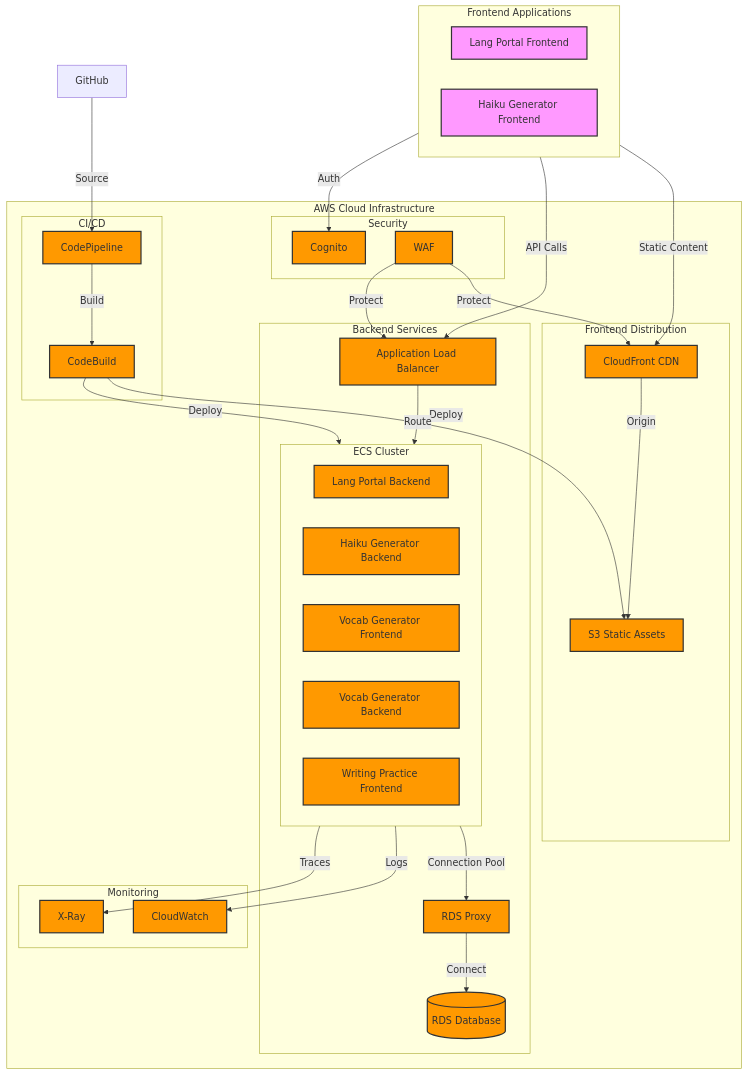
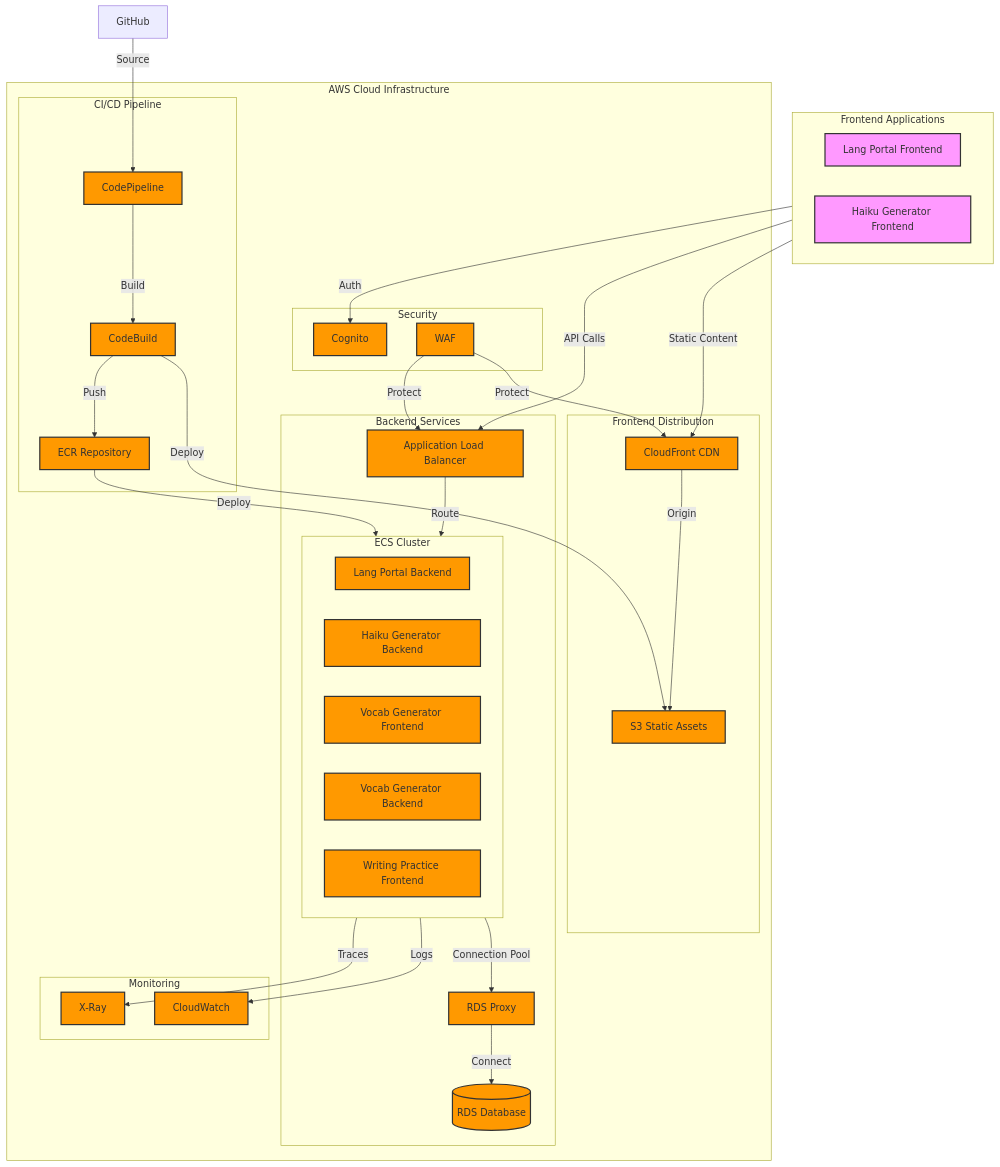
One commit to danielwohlgemuth/free-genai-bootcamp-2025 changed the first of 11 diagrams in aws/AWS-Tech-Specs-v3.md. Above: the diagram before and after it, drawn with Mermaid.

Commit message:
Improve main diagram for tech spec v3

````diff
--- a/aws/AWS-Tech-Specs-v3.md
+++ b/aws/AWS-Tech-Specs-v3.md
@@ -4,78 +4,81 @@
 ```mermaid
 graph TB
     subgraph FrontendApplications[Frontend Applications]
         LP[Lang Portal Frontend]
         HG[Haiku Generator Frontend]
         style LP fill:#f9f,stroke:#333,stroke-width:2px,color:#333
         style HG fill:#f9f,stroke:#333,stroke-width:2px,color:#333
     end
     
     subgraph AWSCloudInfrastructure[AWS Cloud Infrastructure]
         subgraph FrontendDistribution[Frontend Distribution]
             CF[CloudFront CDN]
             S3[S3 Static Assets]
             style CF fill:#FF9900,stroke:#333,stroke-width:2px,color:#333
             style S3 fill:#FF9900,stroke:#333,stroke-width:2px,color:#333
         end
 
         subgraph ECS[ECS Cluster]
             LPB[Lang Portal Backend]
             HGB[Haiku Generator Backend]
             VG[Vocab Generator Frontend]
             VGB[Vocab Generator Backend]
             WP[Writing Practice Frontend]
             style LPB fill:#FF9900,stroke:#333,stroke-width:2px,color:#333
             style HGB fill:#FF9900,stroke:#333,stroke-width:2px,color:#333
             style VG fill:#FF9900,stroke:#333,stroke-width:2px,color:#333
             style VGB fill:#FF9900,stroke:#333,stroke-width:2px,color:#333
             style WP fill:#FF9900,stroke:#333,stroke-width:2px,color:#333
         end
 
         subgraph BackendServices[Backend Services]
             ALB[Application Load Balancer]
             ECS
             RDS[(RDS Database)]
             PROXY[RDS Proxy]
             style ALB fill:#FF9900,stroke:#333,stroke-width:2px,color:#333
             style RDS fill:#FF9900,stroke:#333,stroke-width:2px,color:#333
             style PROXY fill:#FF9900,stroke:#333,stroke-width:2px,color:#333
         end
         
         subgraph Security
             COG[Cognito]
             WAF[WAF]
             style COG fill:#FF9900,stroke:#333,stroke-width:2px,color:#333
             style WAF fill:#FF9900,stroke:#333,stroke-width:2px,color:#333
         end
         
         subgraph Monitoring
             CW[CloudWatch]
             XR[X-Ray]
             style CW fill:#FF9900,stroke:#333,stroke-width:2px,color:#333
             style XR fill:#FF9900,stroke:#333,stroke-width:2px,color:#333
         end
         
-        subgraph CICD[CI/CD]
+        subgraph CICD[CI/CD Pipeline]
             CP[CodePipeline]
             CB[CodeBuild]
+            ECR[ECR Repository]
             style CP fill:#FF9900,stroke:#333,stroke-width:2px,color:#333
             style CB fill:#FF9900,stroke:#333,stroke-width:2px,color:#333
+            style ECR fill:#FF9900,stroke:#333,stroke-width:2px,color:#333
         end
     end
     
     GitHub -->|Source| CP
     FrontendApplications -->|Static Content| CF
     CF -->|Origin| S3
     FrontendApplications -->|API Calls| ALB
     ALB -->|Route| ECS
     ECS -->|Connection Pool| PROXY
     PROXY -->|Connect| RDS
     FrontendApplications -->|Auth| COG
     WAF -->|Protect| CF
     WAF -->|Protect| ALB
     ECS -->|Logs| CW
     ECS -->|Traces| XR
     CP -->|Build| CB
-    CB -->|Deploy| ECS
     CB -->|Deploy| S3
+    CB -->|Push| ECR
+    ECR -->|Deploy| ECS
 ```
````
